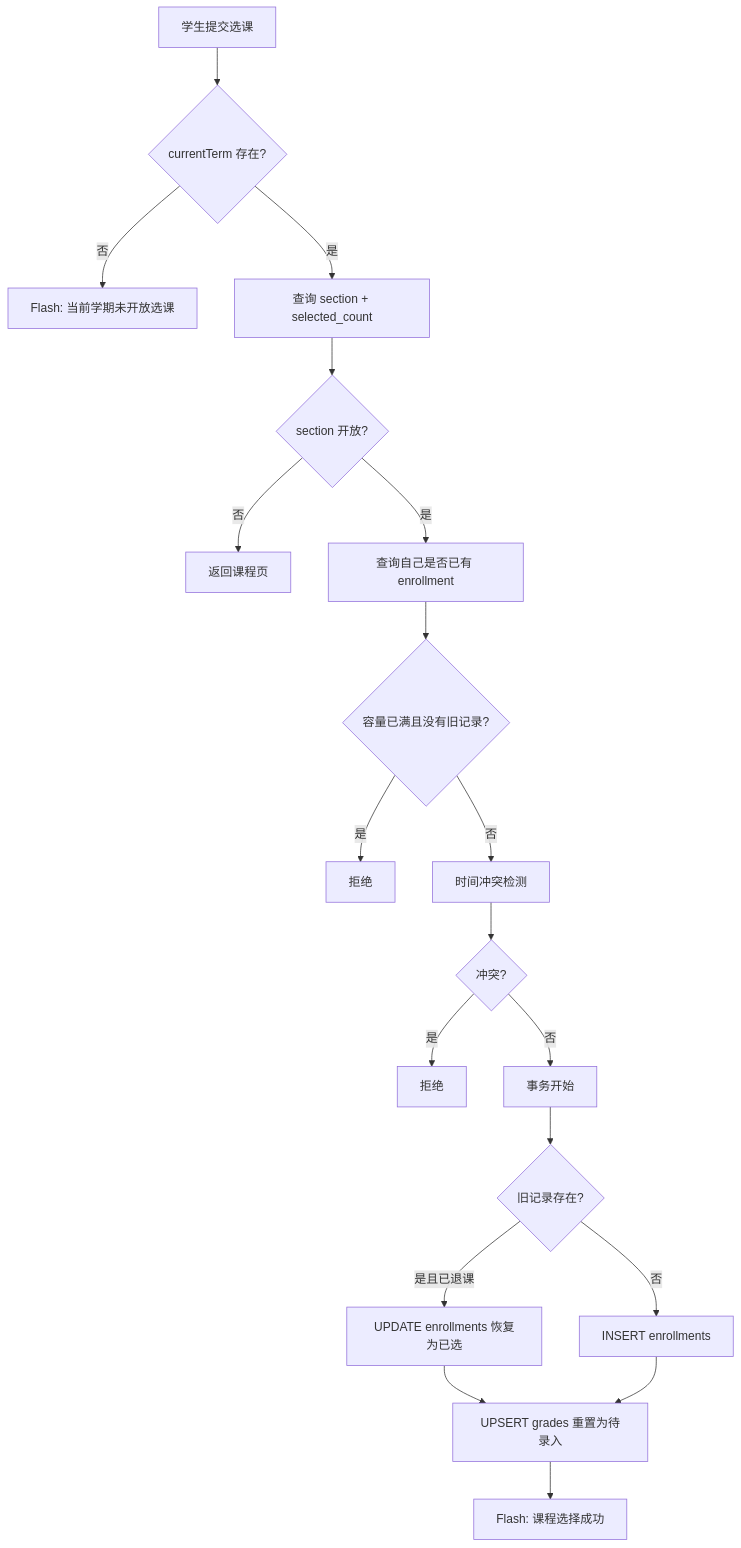
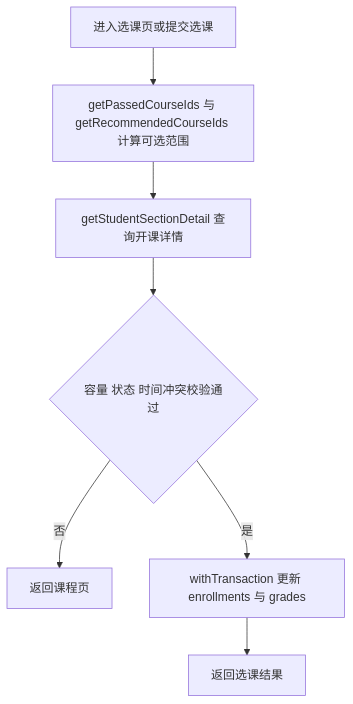
Before and after one commit to llkww/jiaoxue: the fifth of 29 diagrams in docs/系统设计说明.md, drawn with Mermaid. The commit also changed other lines of this file and 1 other file, not shown here.

````diff
--- a/docs/系统设计说明.md
+++ b/docs/系统设计说明.md
@@ -396,21 +388,9 @@
 ```mermaid
 flowchart TD
-  A[学生提交选课] --> B{currentTerm 存在?}
-  B -- 否 --> C[Flash: 当前学期未开放选课]
-  B -- 是 --> D[查询 section + selected_count]
-  D --> E{section 开放?}
-  E -- 否 --> F[返回课程页]
-  E -- 是 --> G[查询自己是否已有 enrollment]
-  G --> H{容量已满且没有旧记录?}
-  H -- 是 --> I[拒绝]
-  H -- 否 --> J[时间冲突检测]
-  J --> K{冲突?}
-  K -- 是 --> L[拒绝]
-  K -- 否 --> M[事务开始]
-  M --> N{旧记录存在?}
-  N -- 是且已退课 --> O[UPDATE enrollments 恢复为已选]
-  N -- 否 --> P[INSERT enrollments]
-  O --> Q[UPSERT grades 重置为待录入]
-  P --> Q
-  Q --> R[Flash: 课程选择成功]
+  A[进入选课页或提交选课] --> B[getPassedCourseIds 与 getRecommendedCourseIds 计算可选范围]
+  B --> C[getStudentSectionDetail 查询开课详情]
+  C --> D{容量 状态 时间冲突校验通过}
+  D -- 否 --> E[返回课程页]
+  D -- 是 --> F[withTransaction 更新 enrollments 与 grades]
+  F --> G[返回选课结果]
 ```
````
